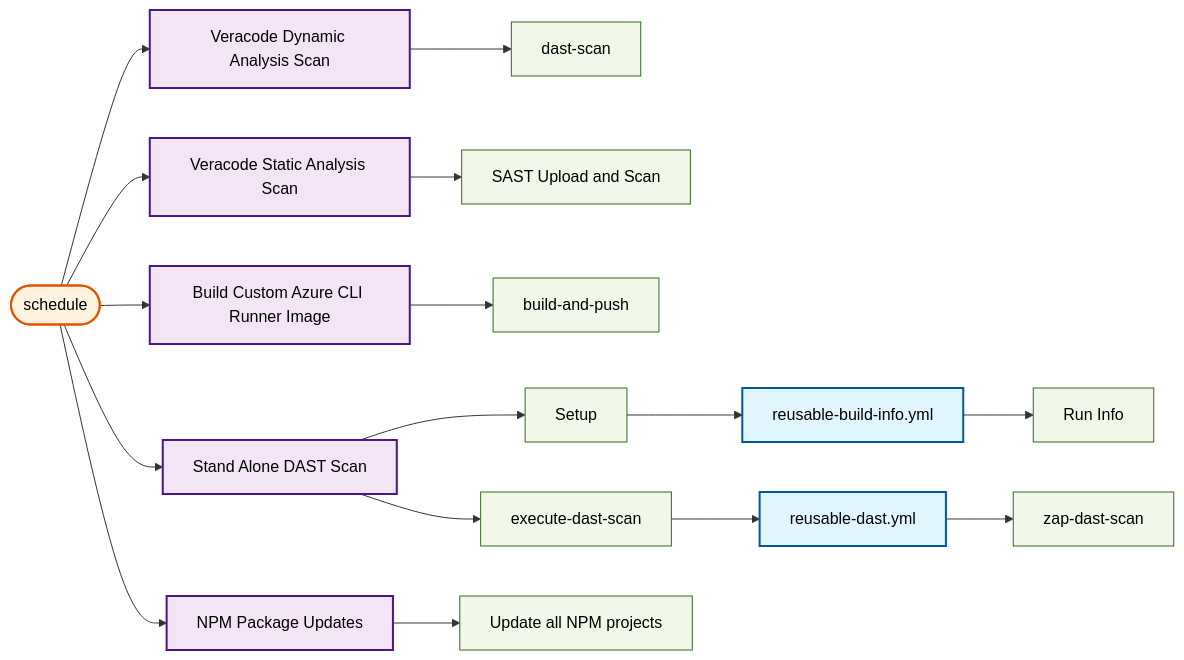
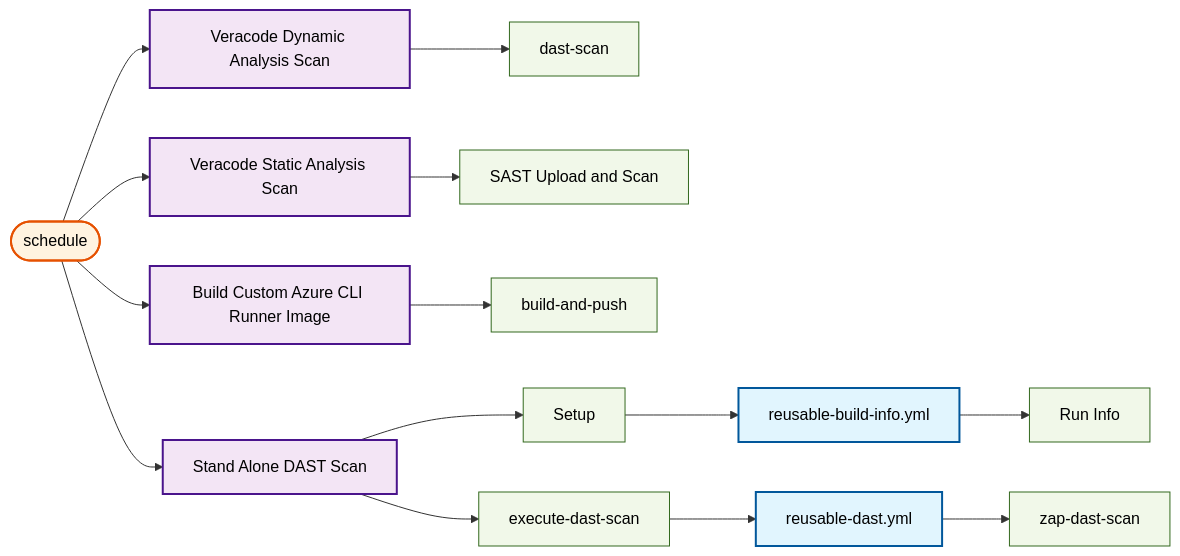
The ninth of 22 diagrams in docs/operations/workflow-diagram.md (US-Trustee-Program/Bankruptcy-Oversight-Support-Systems), drawn with Mermaid before and after one commit. The commit also changed other lines of this file and 1 other file, not shown here.

Commit message:
Disable scheduled run of dependency updates gha workflow

````diff
--- a/docs/operations/workflow-diagram.md
+++ b/docs/operations/workflow-diagram.md
@@ -508,57 +507,51 @@
 ```mermaid
 flowchart LR
     trigger_schedule(["schedule"])
     veracode_dast_scan_yml["Veracode Dynamic Analysis Scan"]
     veracode_dast_scan_yml_dast_scan["dast-scan"]
     veracode_sast_upload_yml["Veracode Static Analysis Scan"]
     veracode_sast_upload_yml_sast_upload_and_scan["SAST Upload and Scan"]
     build_azure_cli_image_yml["Build Custom Azure CLI Runner Image"]
     build_azure_cli_image_yml_build_and_push["build-and-push"]
     dast_scan_yml["Stand Alone DAST Scan"]
     dast_scan_yml_setup["Setup"]
     reusable_build_info_yml["reusable-build-info.yml"]
     reusable_build_info_yml_build_info["Run Info"]
     dast_scan_yml_execute_dast_scan["execute-dast-scan"]
     reusable_dast_yml["reusable-dast.yml"]
     reusable_dast_yml_zap_dast_scan["zap-dast-scan"]
-    update_dependencies_yml["NPM Package Updates"]
-    update_dependencies_yml_update_all["Update all NPM projects"]
 
     trigger_schedule --> veracode_dast_scan_yml
     veracode_dast_scan_yml --> veracode_dast_scan_yml_dast_scan
     trigger_schedule --> veracode_sast_upload_yml
     veracode_sast_upload_yml --> veracode_sast_upload_yml_sast_upload_and_scan
     trigger_schedule --> build_azure_cli_image_yml
     build_azure_cli_image_yml --> build_azure_cli_image_yml_build_and_push
     trigger_schedule --> dast_scan_yml
     dast_scan_yml --> dast_scan_yml_setup
     reusable_build_info_yml --> reusable_build_info_yml_build_info
     dast_scan_yml_setup --> reusable_build_info_yml
     dast_scan_yml --> dast_scan_yml_execute_dast_scan
     reusable_dast_yml --> reusable_dast_yml_zap_dast_scan
     dast_scan_yml_execute_dast_scan --> reusable_dast_yml
-    trigger_schedule --> update_dependencies_yml
-    update_dependencies_yml --> update_dependencies_yml_update_all
 
     classDef reusable fill:#e1f5fe,stroke:#01579b,stroke-width:2px,color:#000000
     classDef mainWorkflow fill:#f3e5f5,stroke:#4a148c,stroke-width:2px,color:#000000
     classDef trigger fill:#fff3e0,stroke:#e65100,stroke-width:2px,color:#000000
     classDef job fill:#f1f8e9,stroke:#33691e,stroke-width:1px,color:#000000
 
     class trigger_schedule trigger
     class veracode_dast_scan_yml mainWorkflow
     class veracode_dast_scan_yml_dast_scan job
     class veracode_sast_upload_yml mainWorkflow
     class veracode_sast_upload_yml_sast_upload_and_scan job
     class build_azure_cli_image_yml mainWorkflow
     class build_azure_cli_image_yml_build_and_push job
     class dast_scan_yml mainWorkflow
     class dast_scan_yml_setup job
     class reusable_build_info_yml reusable
     class reusable_build_info_yml_build_info job
     class dast_scan_yml_execute_dast_scan job
     class reusable_dast_yml reusable
     class reusable_dast_yml_zap_dast_scan job
-    class update_dependencies_yml mainWorkflow
-    class update_dependencies_yml_update_all job
 ```
````
